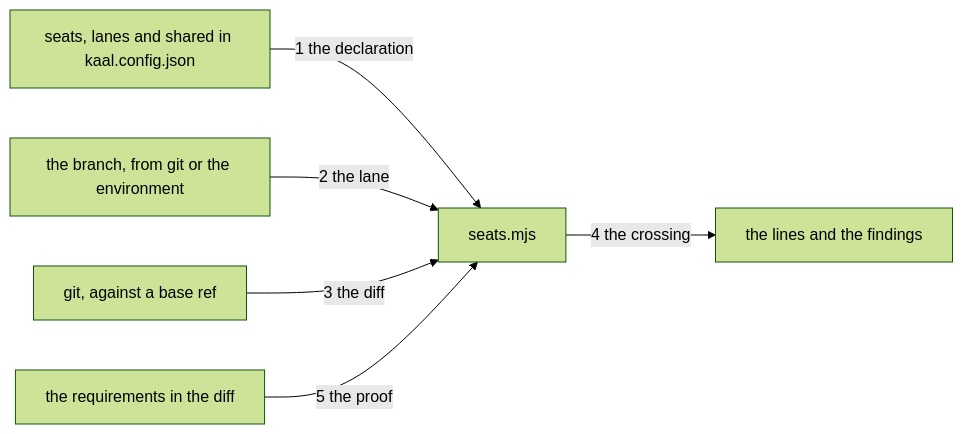
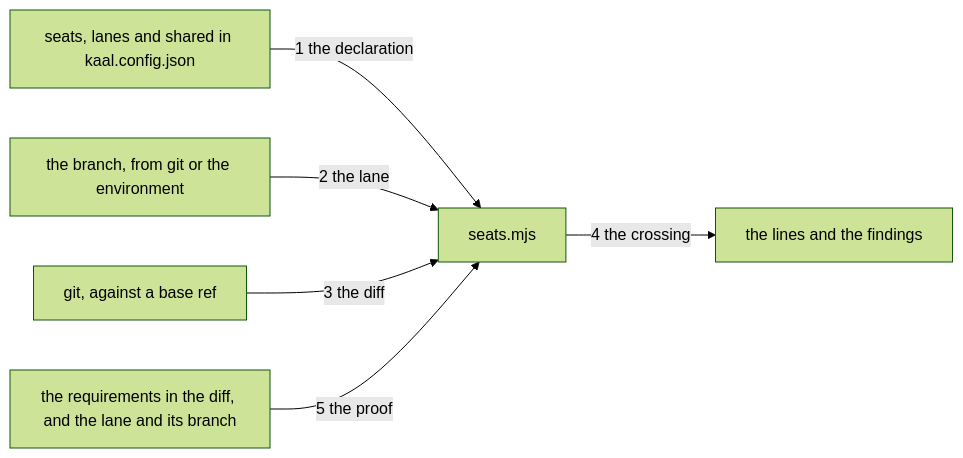
The diagram in architecture/a-diff-carries-one-seat/drawing.md (ChBrain/KAAL), drawn with Mermaid (forest theme) before and after one commit. The commit also changed other lines of this file and 2 other files, not shown here.

First line of the commit message:
read the amendment: seam 5 takes a lane, and the drawing did not say so (#161)

````diff
--- a/architecture/a-diff-carries-one-seat/drawing.md
+++ b/architecture/a-diff-carries-one-seat/drawing.md
@@ -72,8 +74,8 @@
 ```mermaid
 flowchart LR
   A[seats, lanes and shared in kaal.config.json] -- "1 the declaration" --> B[seats.mjs]
   C[the branch, from git or the environment] -- "2 the lane" --> B
   D[git, against a base ref] -- "3 the diff" --> B
   B -- "4 the crossing" --> E[the lines and the findings]
-  F[the requirements in the diff] -- "5 the proof" --> B
+  F[the requirements in the diff, and the lane and its branch] -- "5 the proof" --> B
 ```
````
